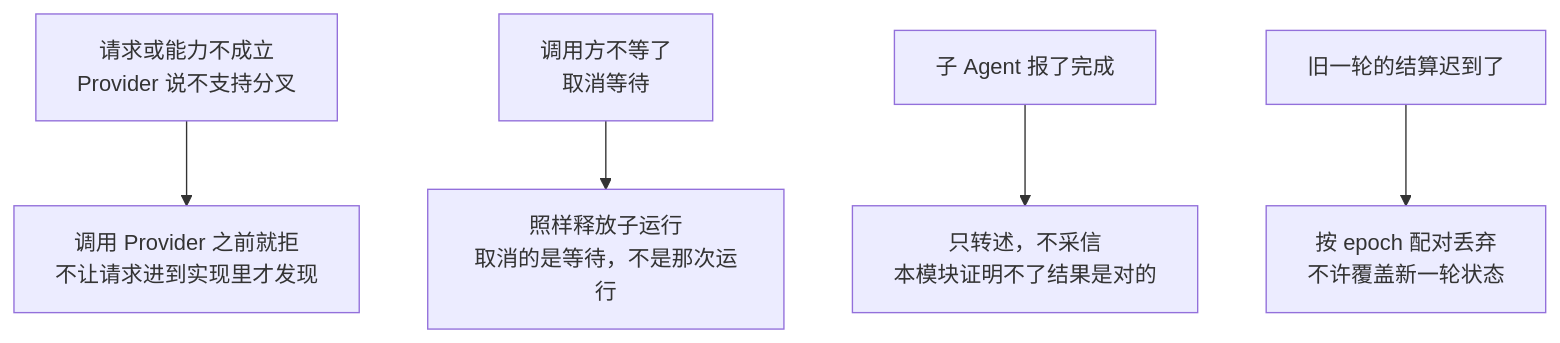
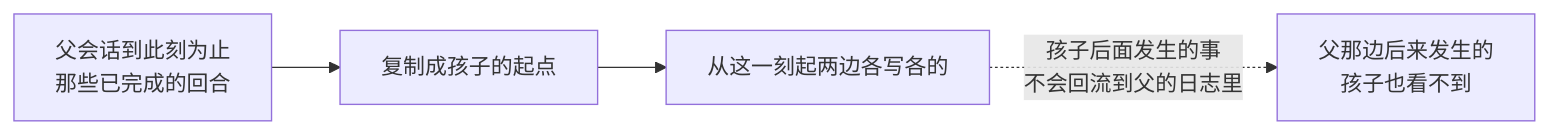
Before and after one commit to snight1983/ds-harness-go: the ninth of 56 diagrams in docs/modules/subagent.md, drawn with Mermaid. The commit also changed other lines of this file and 43 other files, not shown here.

Commit message:
docs: 图解架构与模块设计

````diff
--- a/docs/modules/subagent.md
+++ b/docs/modules/subagent.md
@@ -147,7 +128,6 @@
 ```mermaid
-flowchart TB
-    A["请求或能力不成立<br/>Provider 说不支持分叉"] --> A2["调用 Provider 之前就拒<br/>不让请求进到实现里才发现"]
-    B["调用方不等了<br/>取消等待"] --> B2["照样释放子运行<br/>取消的是等待，不是那次运行"]
-    C["子 Agent 报了完成"] --> C2["只转述，不采信<br/>本模块证明不了结果是对的"]
-    D["旧一轮的结算迟到了"] --> D2["按 epoch 配对丢弃<br/>不许覆盖新一轮状态"]
+flowchart LR
+    A["父会话到此刻为止<br/>那些已完成的回合"] --> B["复制成孩子的起点"]
+    B --> C["从这一刻起两边各写各的"]
+    C -.->|"孩子后面发生的事<br/>不会回流到父的日志里"| D["父那边后来发生的<br/>孩子也看不到"]
 ```
````
